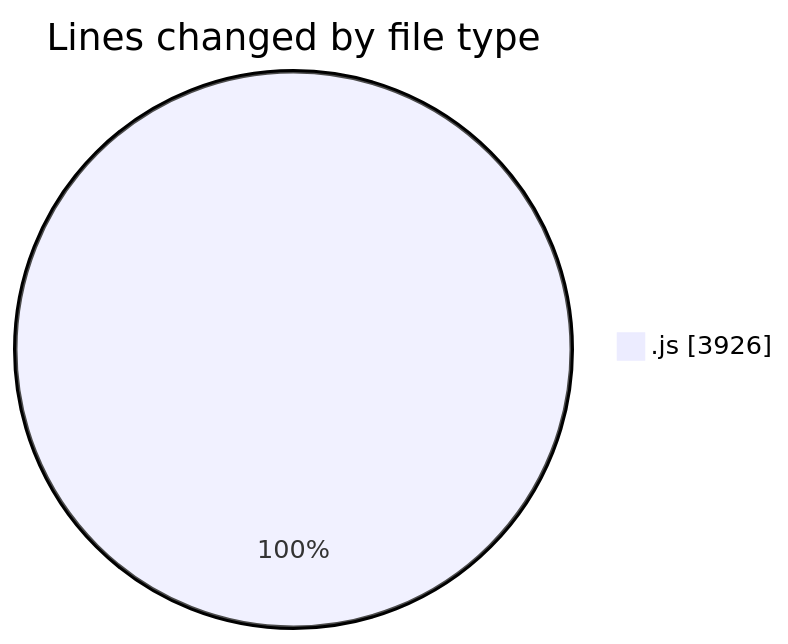
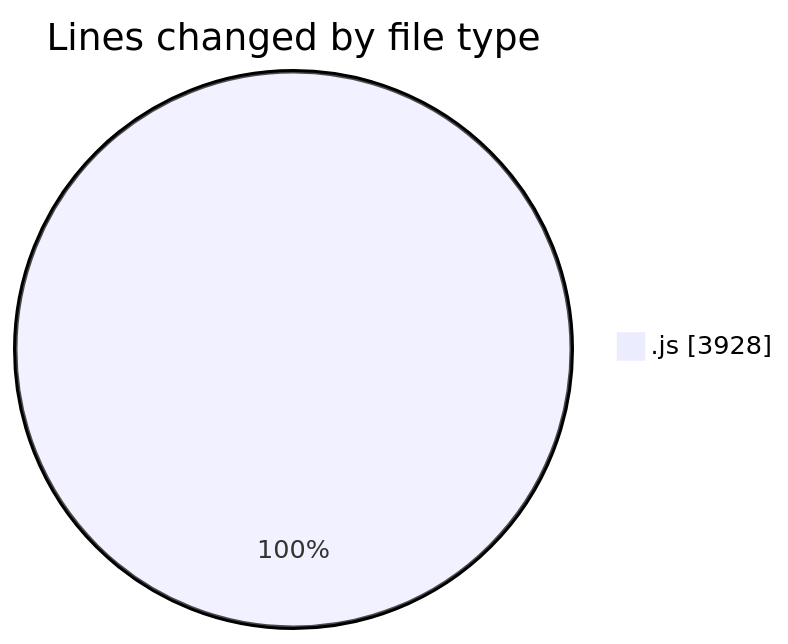
The first of 2 diagrams in 2025-09-02/nxtqube_webapp/README.md (nxtqubesakshisongat/code-tracking), drawn with Mermaid before and after one commit. The commit also changed other lines of this file and 1 other file, not shown here.

````diff
--- a/2025-09-02/nxtqube_webapp/README.md
+++ b/2025-09-02/nxtqube_webapp/README.md
@@ -20,5 +20,5 @@
 ```mermaid
 pie showData
 title Lines changed by file type
-".js" : 3926
+".js" : 3928
 ```
````
